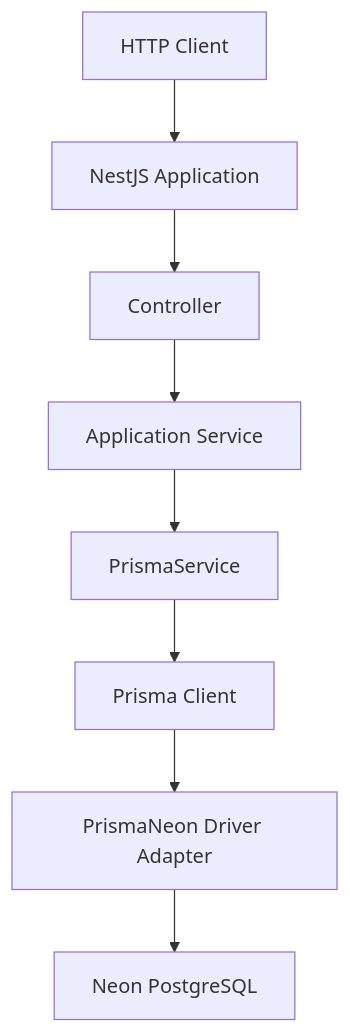
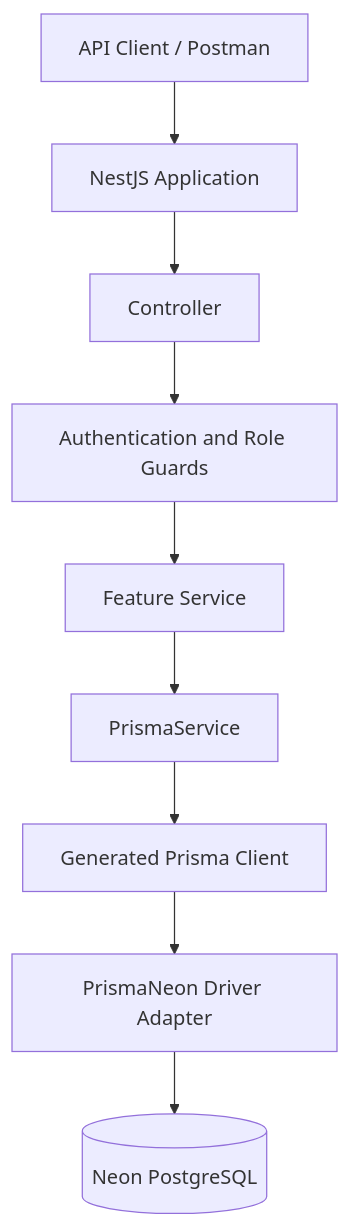
One commit to llavvy-design/library-management-system changed the first of 2 diagrams in README.md. Above: the diagram before and after it, drawn with Mermaid. The commit also changed other lines of this file, not shown here.

````diff
--- a/README.md
+++ b/README.md
@@ -141,10 +147,11 @@
-```mermaid
+``` mermaid
 flowchart TD
-    A[HTTP Client] --> B[NestJS Application]
-    B --> C[Controller]
-    C --> D[Application Service]
-    D --> E[PrismaService]
-    E --> F[Prisma Client]
-    F --> G[PrismaNeon Driver Adapter]
-    G --> H[Neon PostgreSQL]
+    Client[API Client / Postman] --> Nest[NestJS Application]
+    Nest --> Controller[Controller]
+    Controller --> Guards[Authentication and Role Guards]
+    Guards --> Service[Feature Service]
+    Service --> PrismaService[PrismaService]
+    PrismaService --> Client2[Generated Prisma Client]
+    Client2 --> Adapter[PrismaNeon Driver Adapter]
+    Adapter --> Database[(Neon PostgreSQL)]
 ```
````
